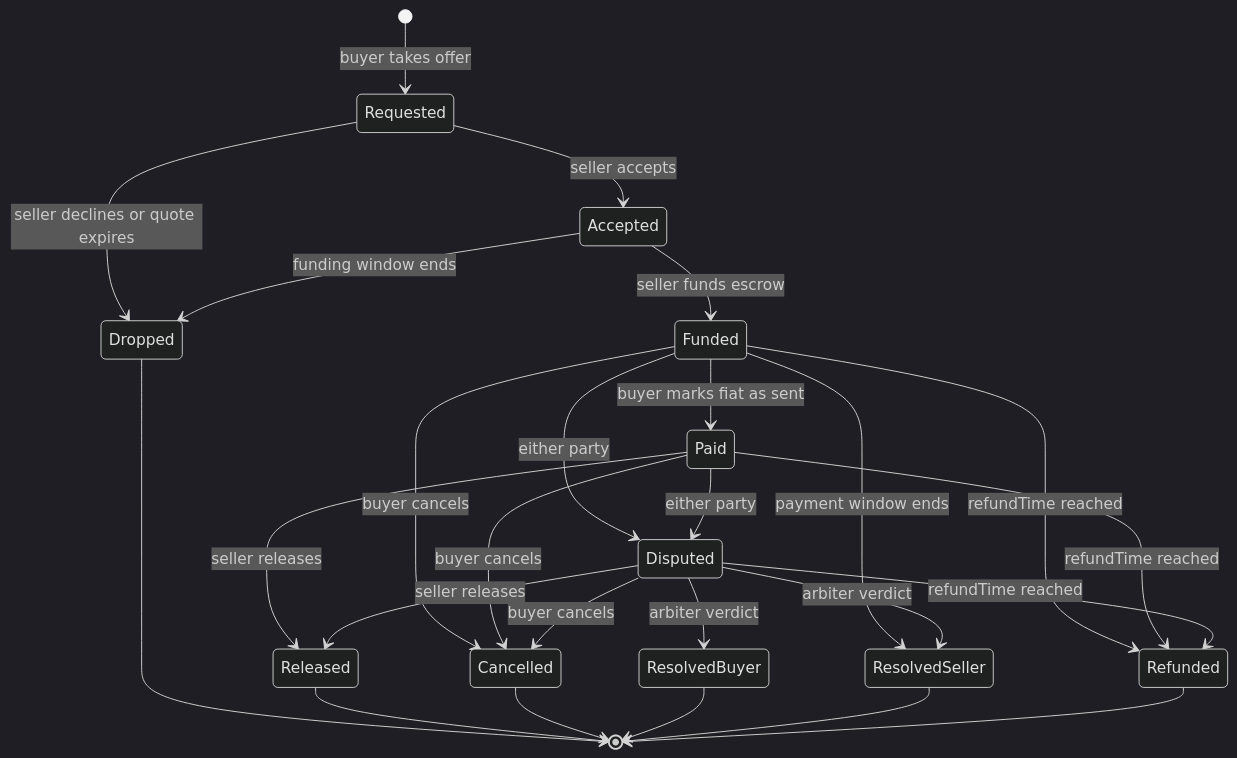
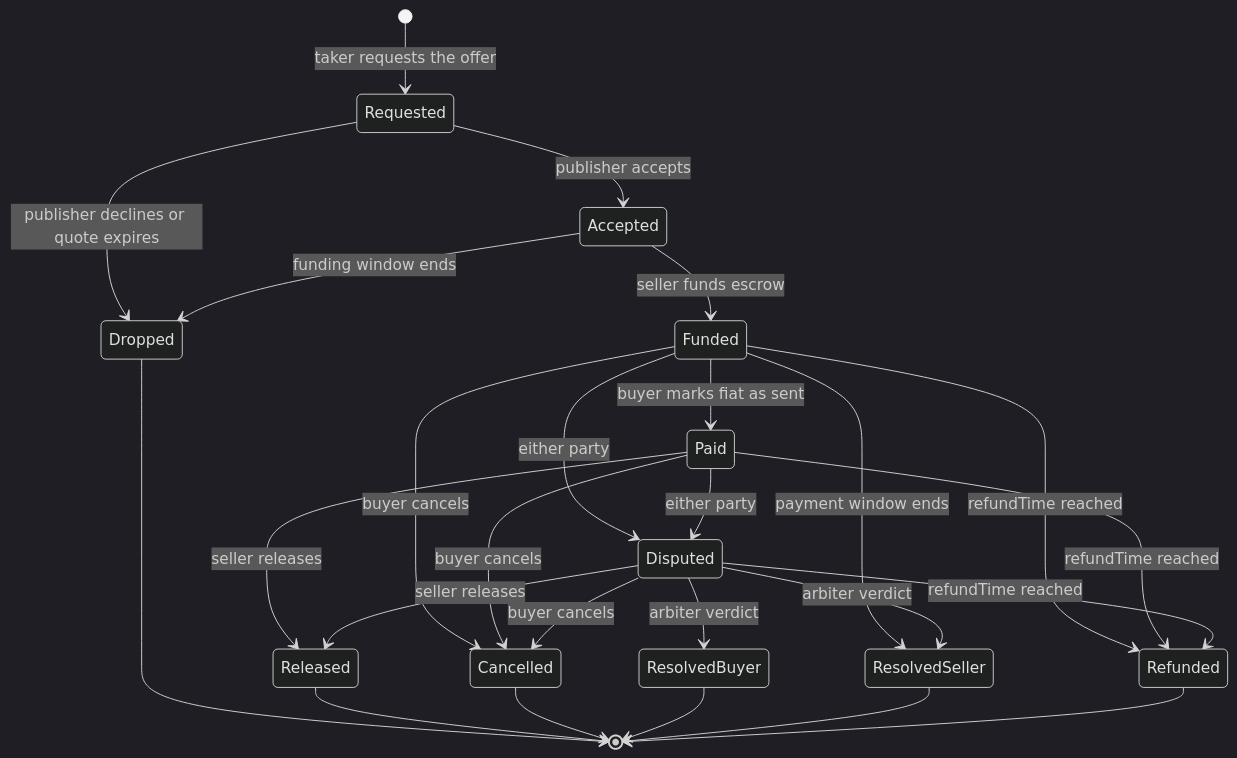
Before and after one commit to BeltranLeo/Campfire: the second of 5 diagrams in docs/protocol.md, drawn with Mermaid (dark theme). The commit also changed other lines of this file and 7 other files, not shown here.

````diff
--- a/docs/protocol.md
+++ b/docs/protocol.md
@@ -76,28 +92,28 @@
 ```mermaid
 stateDiagram-v2
-    [*] --> Requested: buyer takes offer
-    Requested --> Accepted: seller accepts
-    Requested --> Dropped: seller declines or quote expires
+    [*] --> Requested: taker requests the offer
+    Requested --> Accepted: publisher accepts
+    Requested --> Dropped: publisher declines or quote expires
     Accepted --> Funded: seller funds escrow
     Accepted --> Dropped: funding window ends
     Funded --> Paid: buyer marks fiat as sent
     Funded --> Cancelled: buyer cancels
     Funded --> ResolvedSeller: payment window ends
     Funded --> Disputed: either party
     Paid --> Released: seller releases
     Paid --> Cancelled: buyer cancels
     Paid --> Disputed: either party
     Disputed --> ResolvedBuyer: arbiter verdict
     Disputed --> ResolvedSeller: arbiter verdict
     Disputed --> Released: seller releases
     Disputed --> Cancelled: buyer cancels
     Funded --> Refunded: refundTime reached
     Paid --> Refunded: refundTime reached
     Disputed --> Refunded: refundTime reached
     Dropped --> [*]
     Released --> [*]
     Cancelled --> [*]
     ResolvedBuyer --> [*]
     ResolvedSeller --> [*]
     Refunded --> [*]
 ```
````
